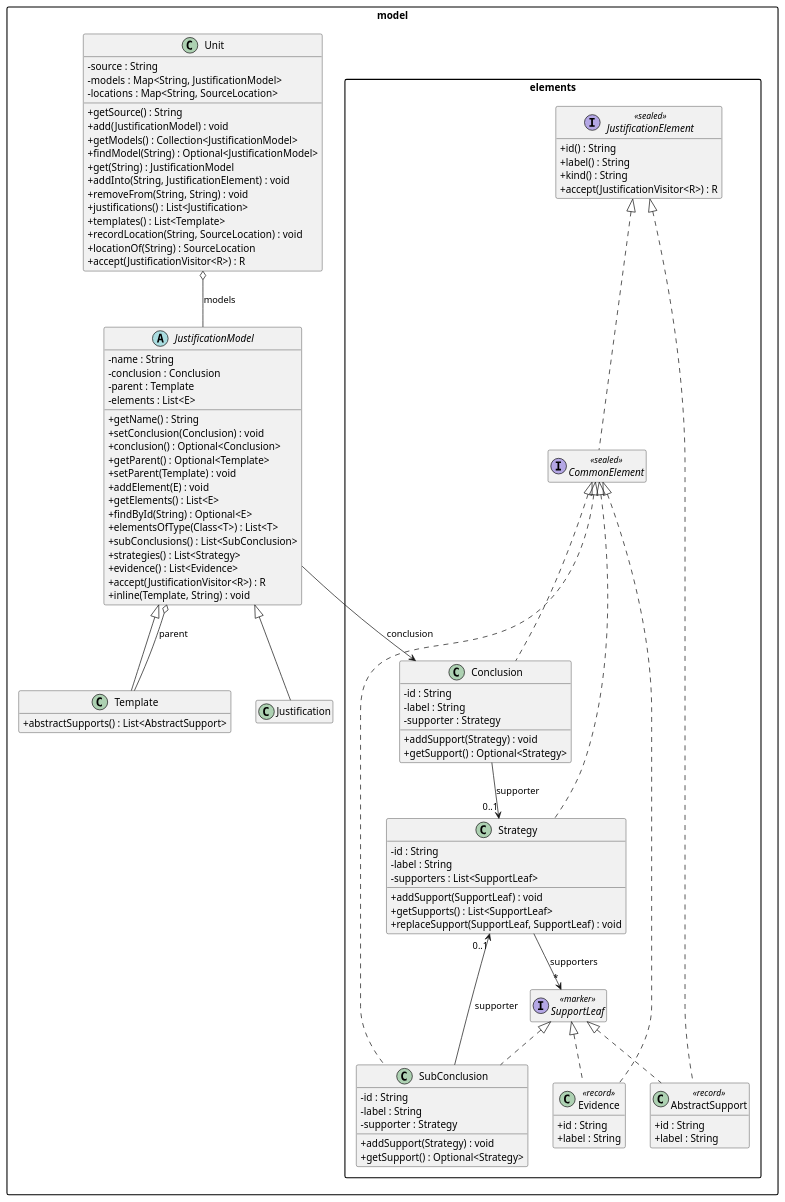
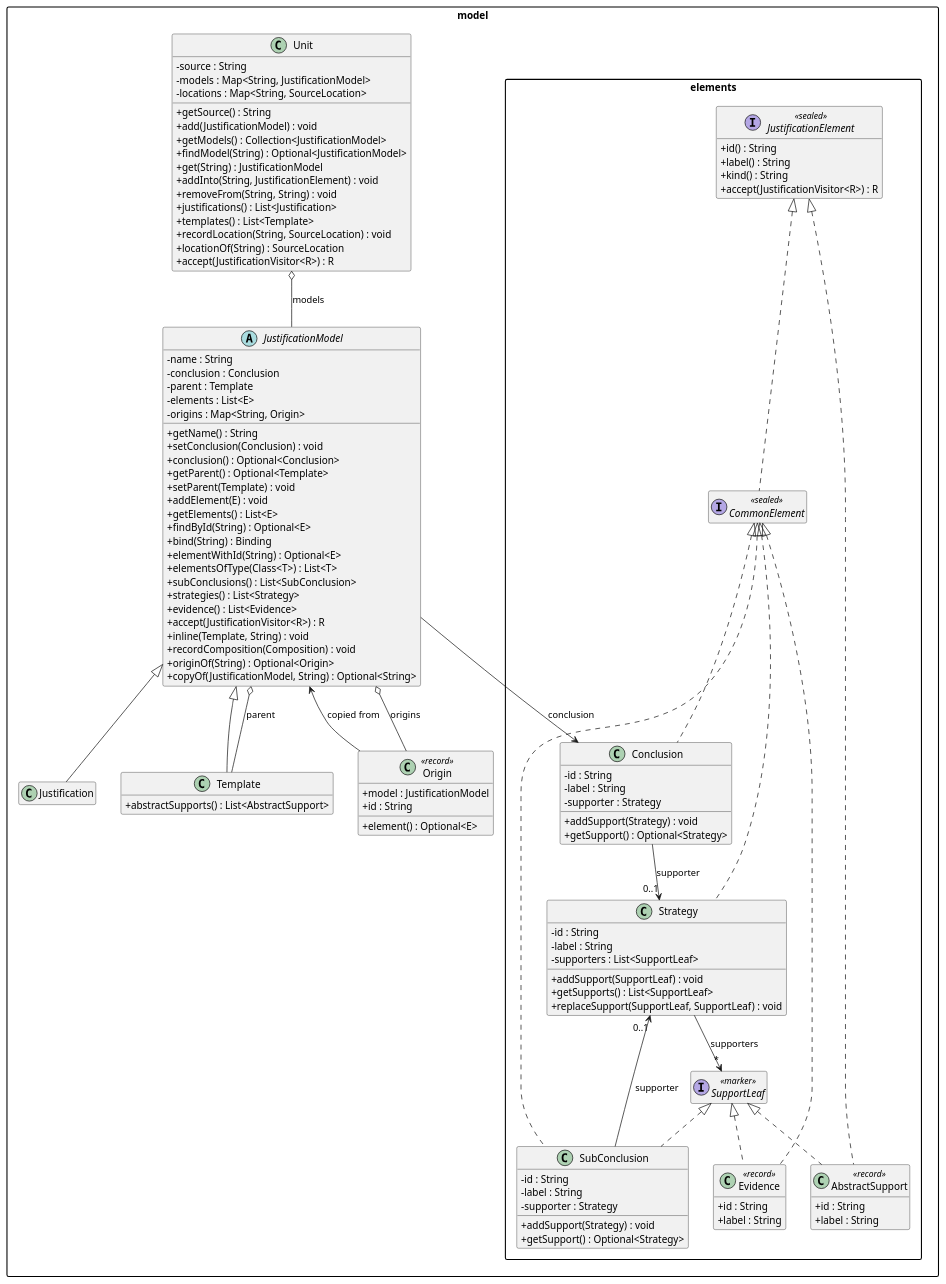
Before and after one commit to jpipe-mcscert/jpipe-compiler: the first of 3 diagrams in docs/design/model.md, drawn with PlantUML. The commit also changed other lines of this file and 14 other files, not shown here.

First line of the commit message:
refactor: record where a copied element comes from (#209)

```diff
--- a/docs/design/model.md
+++ b/docs/design/model.md
@@ -103,6 +103,7 @@
     - conclusion : Conclusion
     - parent : Template
     - elements : List<E>
+    - origins : Map<String, Origin>
     + getName() : String
     + setConclusion(Conclusion) : void
     + conclusion() : Optional<Conclusion>
@@ -111,12 +112,23 @@
     + addElement(E) : void
     + getElements() : List<E>
     + findById(String) : Optional<E>
+    + bind(String) : Binding
+    + elementWithId(String) : Optional<E>
     + elementsOfType(Class<T>) : List<T>
     + subConclusions() : List<SubConclusion>
     + strategies() : List<Strategy>
     + evidence() : List<Evidence>
     + accept(JustificationVisitor<R>) : R
     + inline(Template, String) : void
+    + recordComposition(Composition) : void
+    + originOf(String) : Optional<Origin>
+    + copyOf(JustificationModel, String) : Optional<String>
+  }
+
+  class Origin <<record>> {
+    + model : JustificationModel
+    + id : String
+    + element() : Optional<E>
   }
 
   class Justification
@@ -147,6 +159,8 @@
 
   Unit o-- JustificationModel : models
   Template --o JustificationModel : parent
+  JustificationModel o-- Origin : origins
+  Origin --> JustificationModel : copied from
 
   JustificationModel --> Conclusion : conclusion
 }
```
